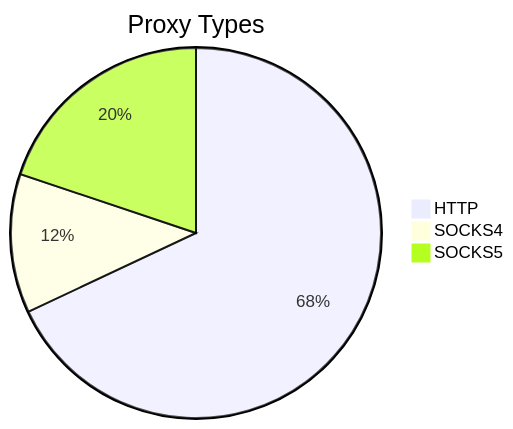
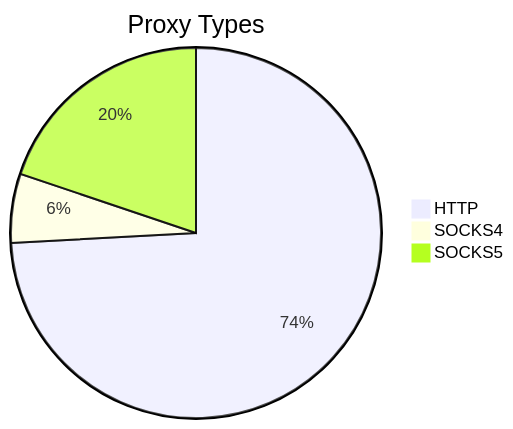
Before and after one commit to stormsia/proxy-list: the first of 2 diagrams in README.md, drawn with Mermaid. The commit also changed other lines of this file, not shown here.

````diff
--- a/README.md
+++ b/README.md
@@ -21,6 +21,6 @@
 ```mermaid
 pie title Proxy Types
-    "HTTP" : 185
-    "SOCKS4" : 33
-    "SOCKS5" : 54
+    "HTTP" : 172
+    "SOCKS4" : 14
+    "SOCKS5" : 46
 ```
````
